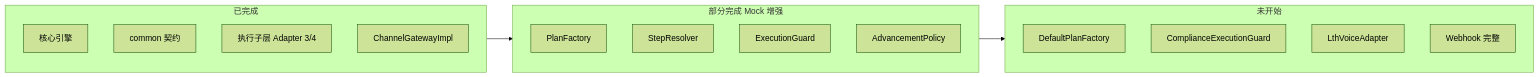
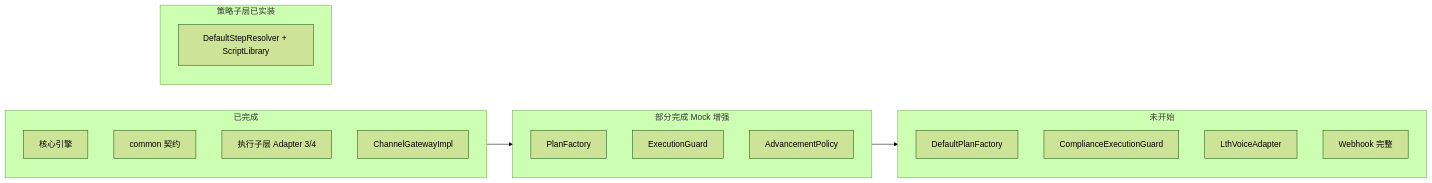
One commit to katherineliu2102/Intelligent-Collection-V1 changed the diagram in docs/channel/MOCASA催收系统升级_Phase1_collection-channel开发进度.md. Above: the diagram before and after it, drawn with Mermaid (forest theme). The commit also changed other lines of this file and 58 other files, not shown here.

````diff
--- a/docs/channel/MOCASA催收系统升级_Phase1_collection-channel开发进度.md
+++ b/docs/channel/MOCASA催收系统升级_Phase1_collection-channel开发进度.md
@@ -33,23 +33,25 @@
 ```mermaid
 flowchart LR
     subgraph done [已完成]
         E[核心引擎]
         C0[common 契约]
         EX[执行子层 Adapter 3/4]
         GW[ChannelGatewayImpl]
     end
     subgraph partial [部分完成 Mock 增强]
         PF[PlanFactory]
-        SR[StepResolver]
         G[ExecutionGuard]
         AP[AdvancementPolicy]
+    end
+    subgraph done2 [策略子层已实装]
+        SR[DefaultStepResolver + ScriptLibrary]
     end
     subgraph todo [未开始]
         DF[DefaultPlanFactory]
         DG[ComplianceExecutionGuard]
         LV[LthVoiceAdapter]
         WH[Webhook 完整]
     end
     done --> partial
     partial --> todo
 ```
````
